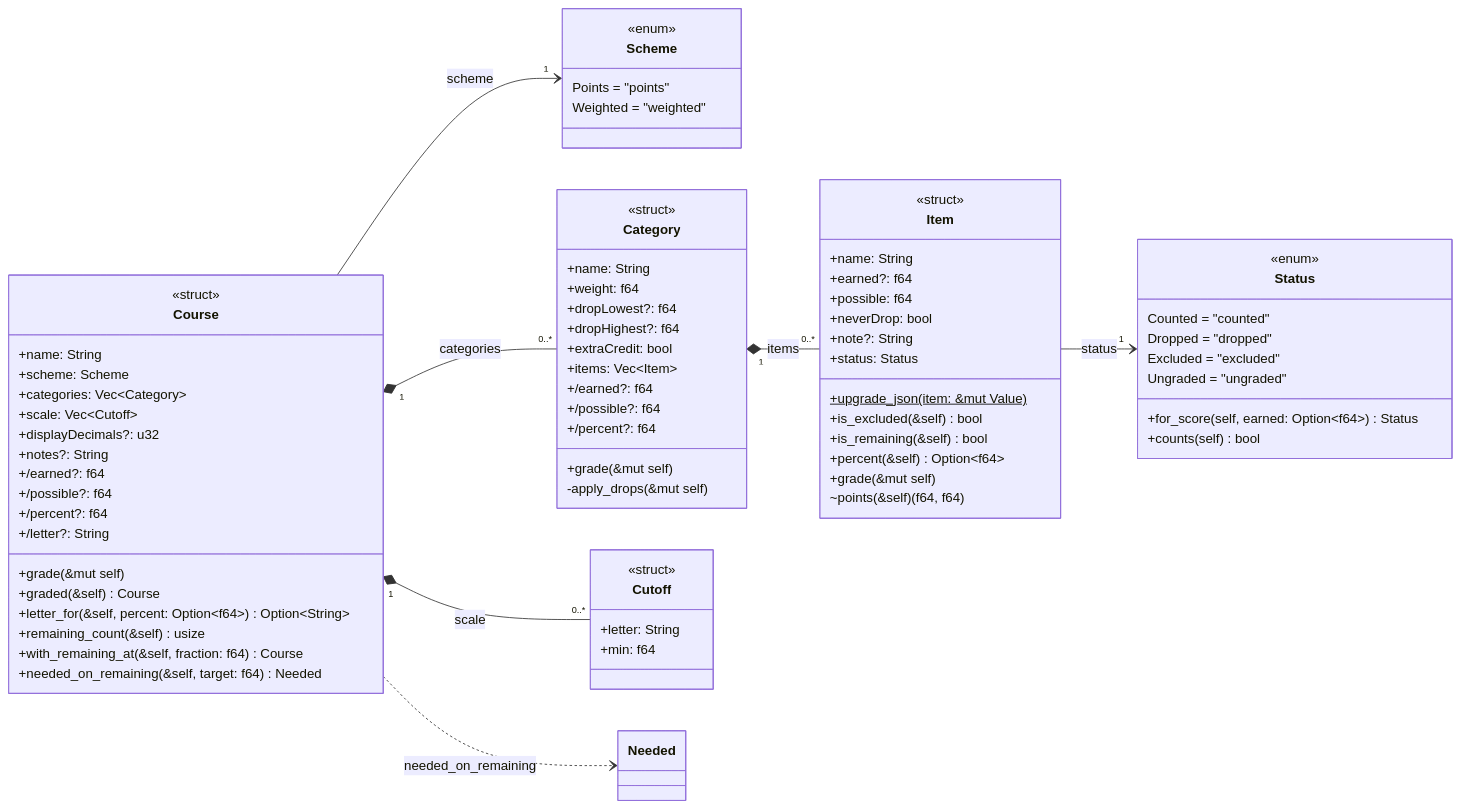
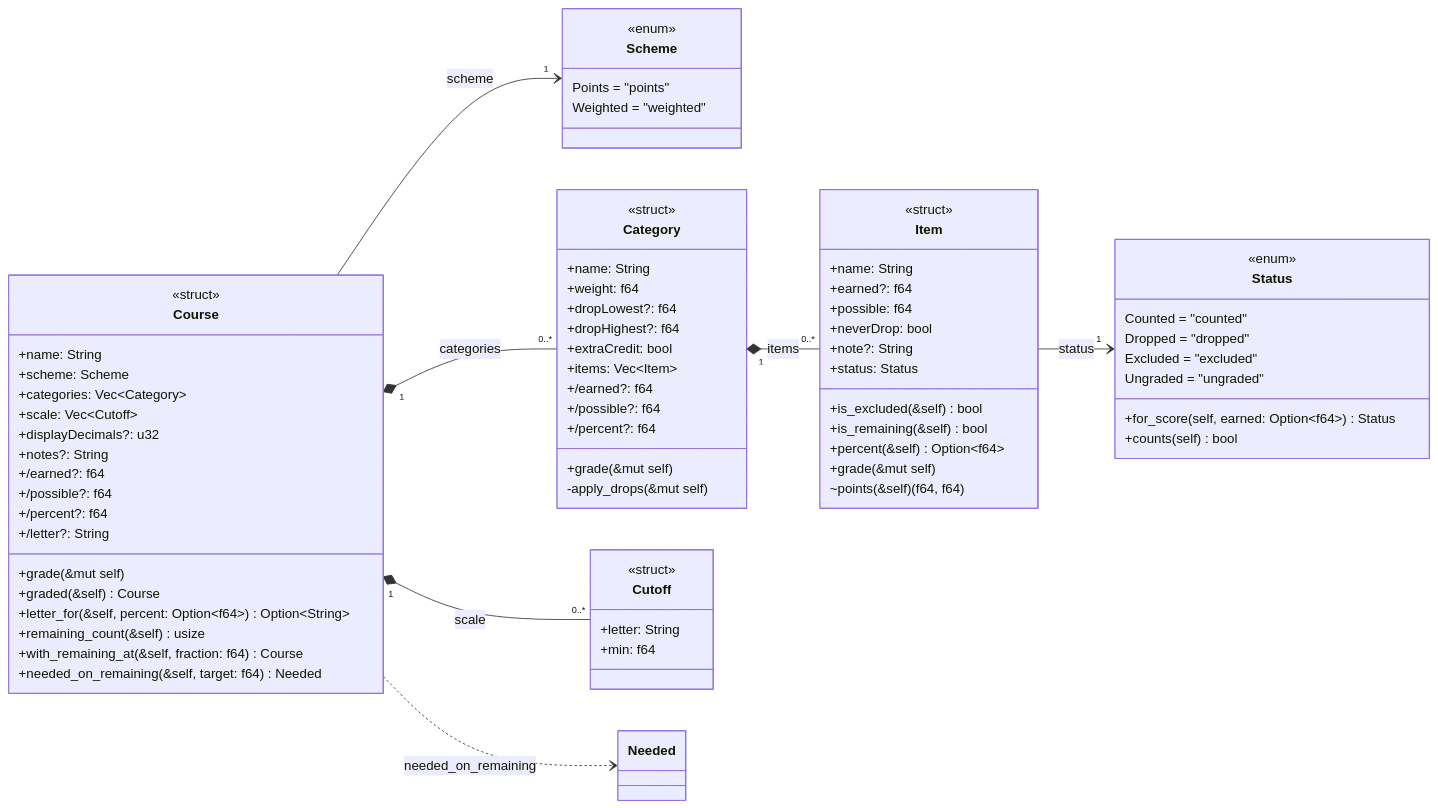
The second of 9 diagrams in docs/uml.md (Patman1O1/grade-calculator), drawn with Mermaid before and after one commit. The commit also changed other lines of this file and 14 other files, not shown here.

````diff
--- a/docs/uml.md
+++ b/docs/uml.md
@@ -74,77 +74,76 @@
 ```mermaid
 classDiagram
   direction LR
   class Scheme {
     <<enum>>
     Points = "points"
     Weighted = "weighted"
   }
   class Course {
     <<struct>>
     +name: String
     +scheme: Scheme
     +categories: Vec~Category~
     +scale: Vec~Cutoff~
     +displayDecimals?: u32
     +notes?: String
     +/earned?: f64
     +/possible?: f64
     +/percent?: f64
     +/letter?: String
     +grade(&mut self)
     +graded(&self) Course
     +letter_for(&self, percent: Option~f64~) Option~String~
     +remaining_count(&self) usize
     +with_remaining_at(&self, fraction: f64) Course
     +needed_on_remaining(&self, target: f64) Needed
   }
   class Category {
     <<struct>>
     +name: String
     +weight: f64
     +dropLowest?: f64
     +dropHighest?: f64
     +extraCredit: bool
     +items: Vec~Item~
     +/earned?: f64
     +/possible?: f64
     +/percent?: f64
     +grade(&mut self)
     -apply_drops(&mut self)
   }
   class Item {
     <<struct>>
     +name: String
     +earned?: f64
     +possible: f64
     +neverDrop: bool
     +note?: String
     +status: Status
-    +upgrade_json(item: &mut Value)$
     +is_excluded(&self) bool
     +is_remaining(&self) bool
     +percent(&self) Option~f64~
     +grade(&mut self)
     ~points(&self) (f64, f64)
   }
   class Cutoff {
     <<struct>>
     +letter: String
     +min: f64
   }
   class Status {
     <<enum>>
     Counted = "counted"
     Dropped = "dropped"
     Excluded = "excluded"
     Ungraded = "ungraded"
     +for_score(self, earned: Option~f64~) Status
     +counts(self) bool
   }
   Course "1" *-- "0..*" Category : categories
   Category "1" *-- "0..*" Item : items
   Course "1" *-- "0..*" Cutoff : scale
   Course --> "1" Scheme : scheme
   Item --> "1" Status : status
   Course ..> Needed : needed_on_remaining
 ```
````
